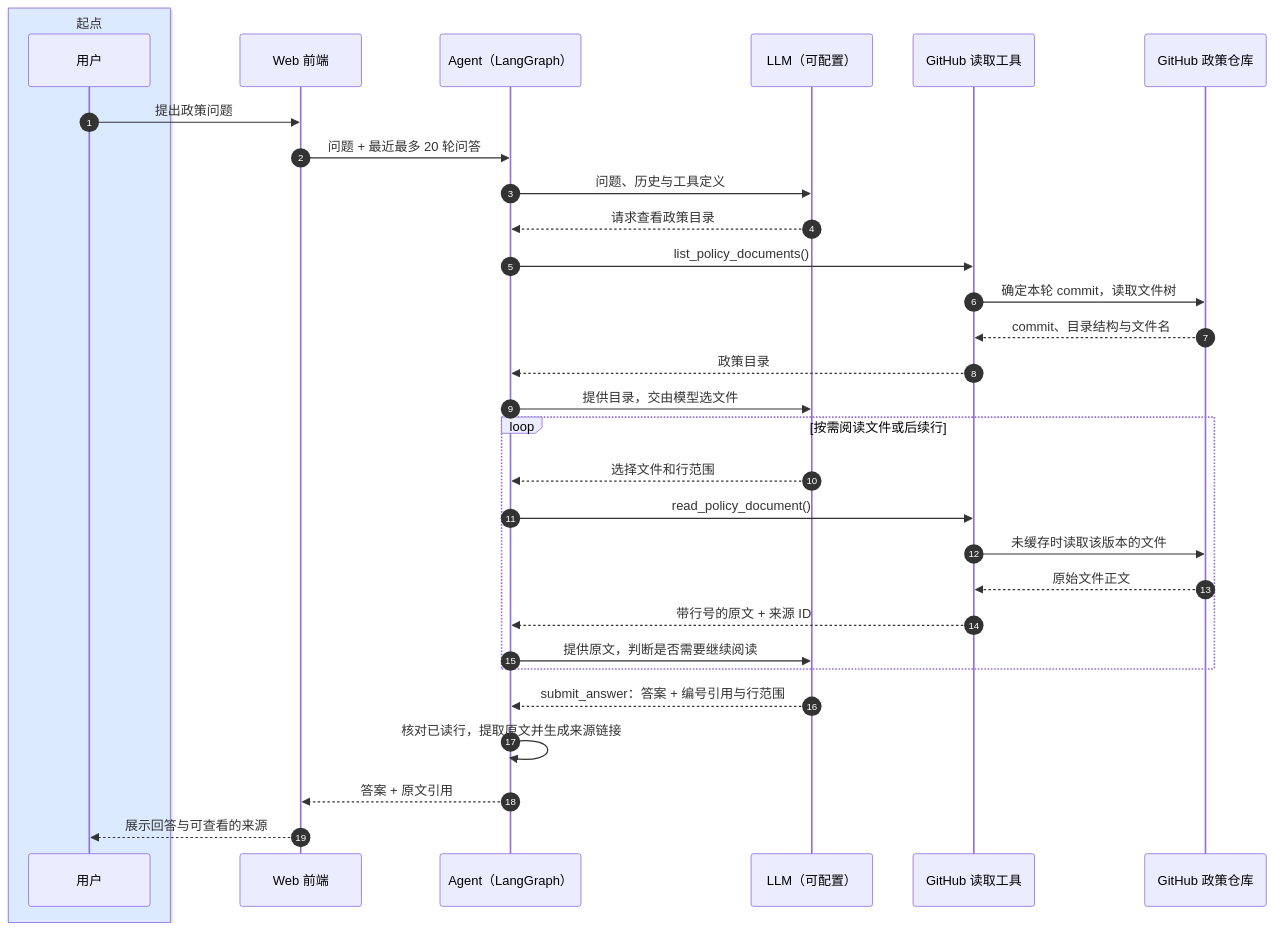
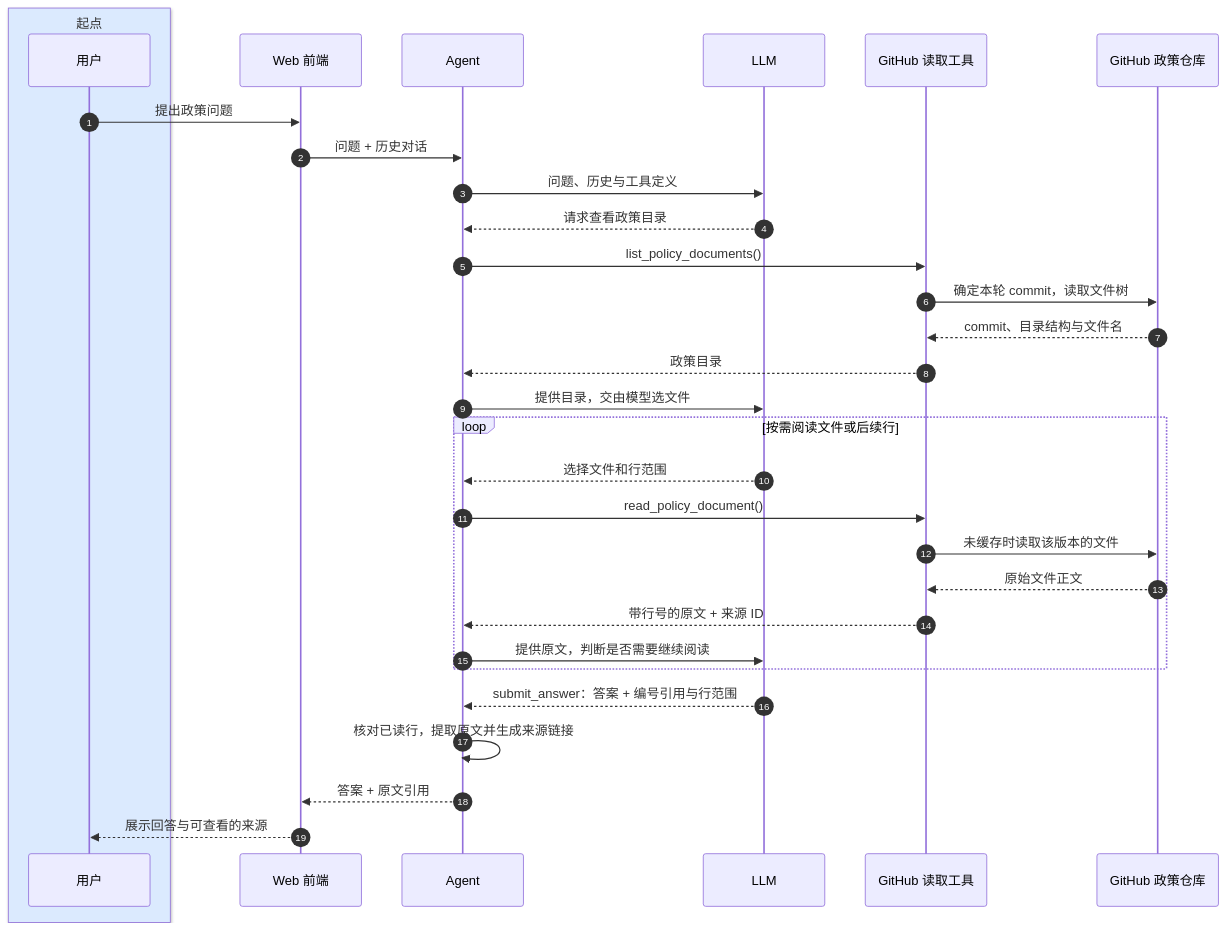
The diagram in docs/ARCHITECTURE.md (adamboots3/gradual-policy-agent), drawn with Mermaid before and after one commit. The commit also changed 1 other file, not shown here.

Commit message:
Simplify sequence participant and history labels

````diff
--- a/docs/ARCHITECTURE.md
+++ b/docs/ARCHITECTURE.md
@@ -9,37 +9,37 @@
 ```mermaid
 sequenceDiagram
     autonumber
     box rgb(219,234,254) 起点
         participant U as 用户
     end
     participant W as Web 前端
-    participant A as Agent（LangGraph）
-    participant L as LLM（可配置）
+    participant A as Agent
+    participant L as LLM
     participant T as GitHub 读取工具
     participant G as GitHub 政策仓库
 
     U->>W: 提出政策问题
-    W->>A: 问题 + 最近最多 20 轮问答
+    W->>A: 问题 + 历史对话
     A->>L: 问题、历史与工具定义
 
     L-->>A: 请求查看政策目录
     A->>T: list_policy_documents()
     T->>G: 确定本轮 commit，读取文件树
     G-->>T: commit、目录结构与文件名
     T-->>A: 政策目录
     A->>L: 提供目录，交由模型选文件
 
     loop 按需阅读文件或后续行
         L-->>A: 选择文件和行范围
         A->>T: read_policy_document()
         T->>G: 未缓存时读取该版本的文件
         G-->>T: 原始文件正文
         T-->>A: 带行号的原文 + 来源 ID
         A->>L: 提供原文，判断是否需要继续阅读
     end
 
     L-->>A: submit_answer：答案 + 编号引用与行范围
     A->>A: 核对已读行，提取原文并生成来源链接
     A-->>W: 答案 + 原文引用
     W-->>U: 展示回答与可查看的来源
 ```
````
